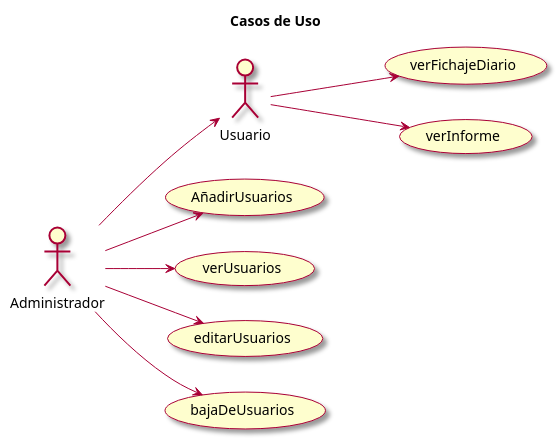
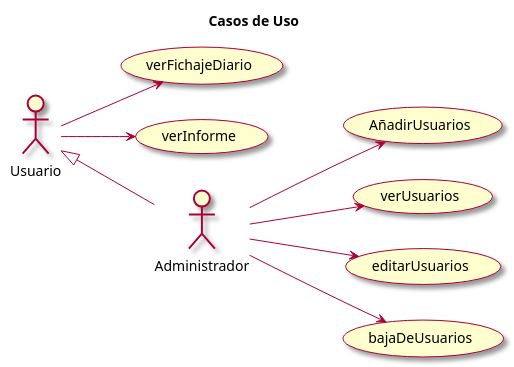
One commit to mmasias/23-24-IdSw1-SDR changed the diagram in modelosUML/casosDeUso/casosDeUso.puml. Above: the diagram before and after it, drawn with PlantUML. The commit also changed 1 other file, not shown here.

Commit message:
fix: Diagrama General de Casos de Uso

```diff
--- a/modelosUML/casosDeUso/casosDeUso.puml
+++ b/modelosUML/casosDeUso/casosDeUso.puml
@@ -1,18 +1,18 @@
 @startuml Diagrama de CDU
 
 skin rose
 left to right direction
 title Casos de Uso
 
 Usuario --> (verFichajeDiario)
 Usuario --> (verInforme)
 
 
-Administrador --> (Usuario)
+Administrador -up-|> Usuario
 Administrador --> (AñadirUsuarios)
 Administrador --> (verUsuarios)
 Administrador --> (editarUsuarios)
 Administrador --> (bajaDeUsuarios)
 
 
 @enduml
```
